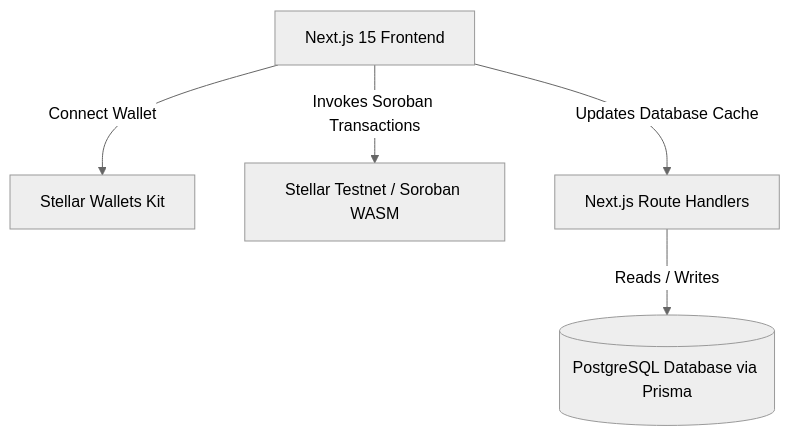
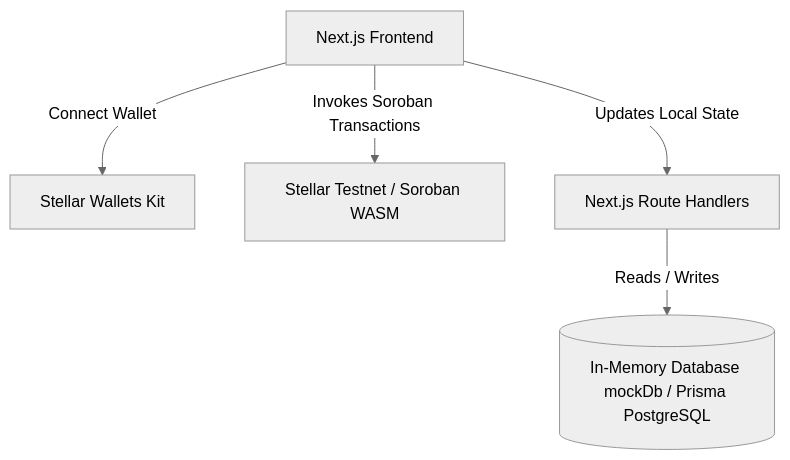
The diagram in README.md (premakandar/TraceChain), drawn with Mermaid (neutral theme) before and after one commit. The commit also changed other lines of this file and 8 other files, not shown here.

````diff
--- a/README.md
+++ b/README.md
@@ -11,7 +30,7 @@
 ```mermaid
 graph TD
-    Client[Next.js 15 Frontend] -->|Connect Wallet| SWK[Stellar Wallets Kit]
+    Client[Next.js Frontend] -->|Connect Wallet| SWK[Stellar Wallets Kit]
     Client -->|Invokes Soroban Transactions| Stellar[Stellar Testnet / Soroban WASM]
-    Client -->|Updates Database Cache| API[Next.js Route Handlers]
-    API -->|Reads / Writes| DB[(PostgreSQL Database via Prisma)]
+    Client -->|Updates Local State| API[Next.js Route Handlers]
+    API -->|Reads / Writes| DB[(In-Memory Database mockDb / Prisma PostgreSQL)]
 ```
````
